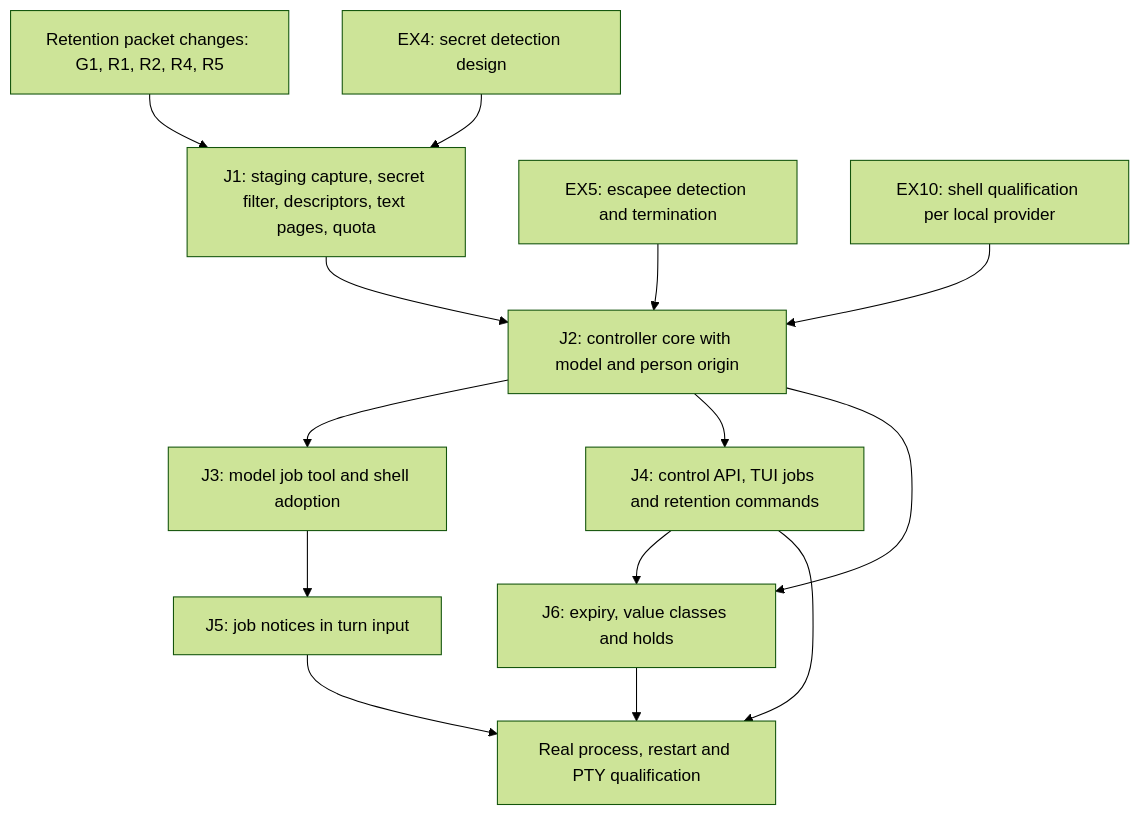
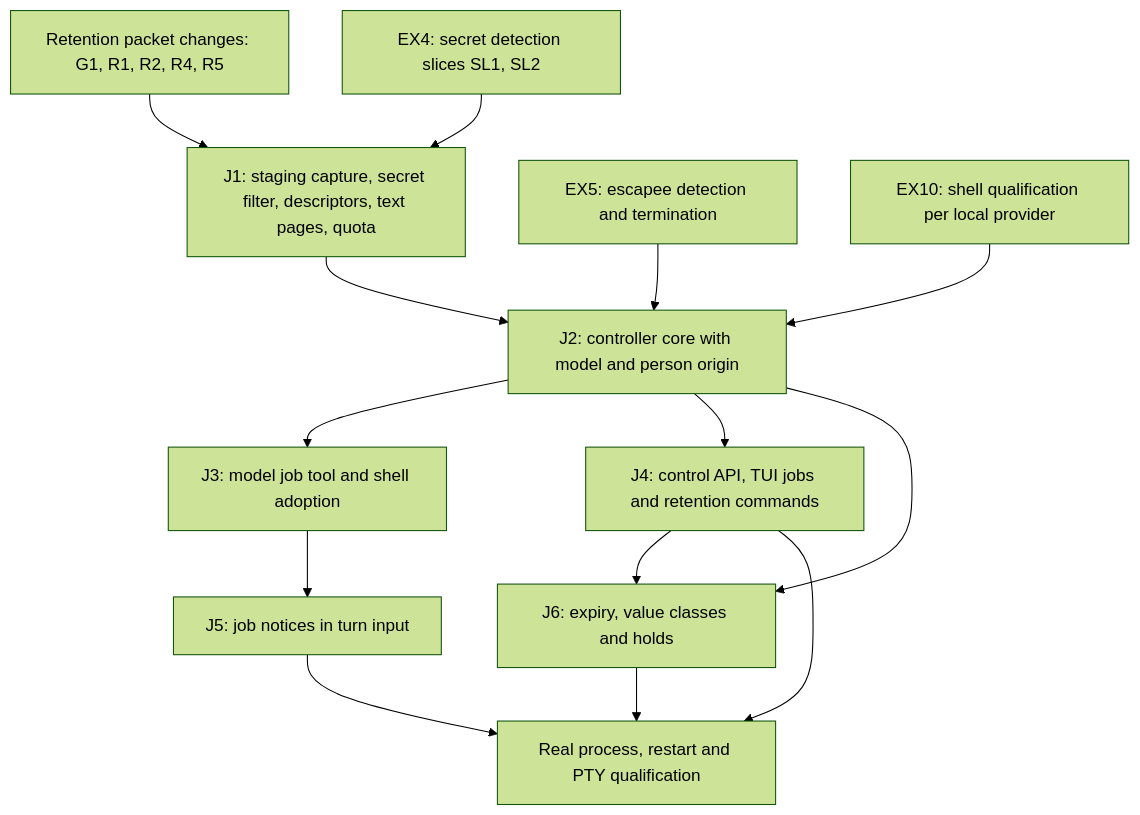
The sixth of 6 diagrams in docs/designs/tool-job-controller.md (pidster/asura), drawn with Mermaid (forest theme) before and after one commit. The commit also changed other lines of this file and 7 other files, not shown here.

First line of the commit message:
Design secret detection and remove unrequested time bounds

````diff
--- a/docs/designs/tool-job-controller.md
+++ b/docs/designs/tool-job-controller.md
@@ -900,16 +912,16 @@
 ```mermaid
 flowchart TD
     RP[Retention packet changes: G1, R1, R2, R4, R5] --> J1[J1: staging capture, secret filter, descriptors, text pages, quota]
-    SD[EX4: secret detection design] --> J1
+    SD[EX4: secret detection slices SL1, SL2] --> J1
     ESC[EX5: escapee detection and termination] --> J2[J2: controller core with model and person origin]
     QUAL[EX10: shell qualification per local provider] --> J2
     J1 --> J2
     J2 --> J3[J3: model job tool and shell adoption]
     J2 --> J4[J4: control API, TUI jobs and retention commands]
     J2 --> J6[J6: expiry, value classes and holds]
     J3 --> J5[J5: job notices in turn input]
     J4 --> J6
     J4 --> Q[Real process, restart and PTY qualification]
     J5 --> Q
     J6 --> Q
 ```
````
